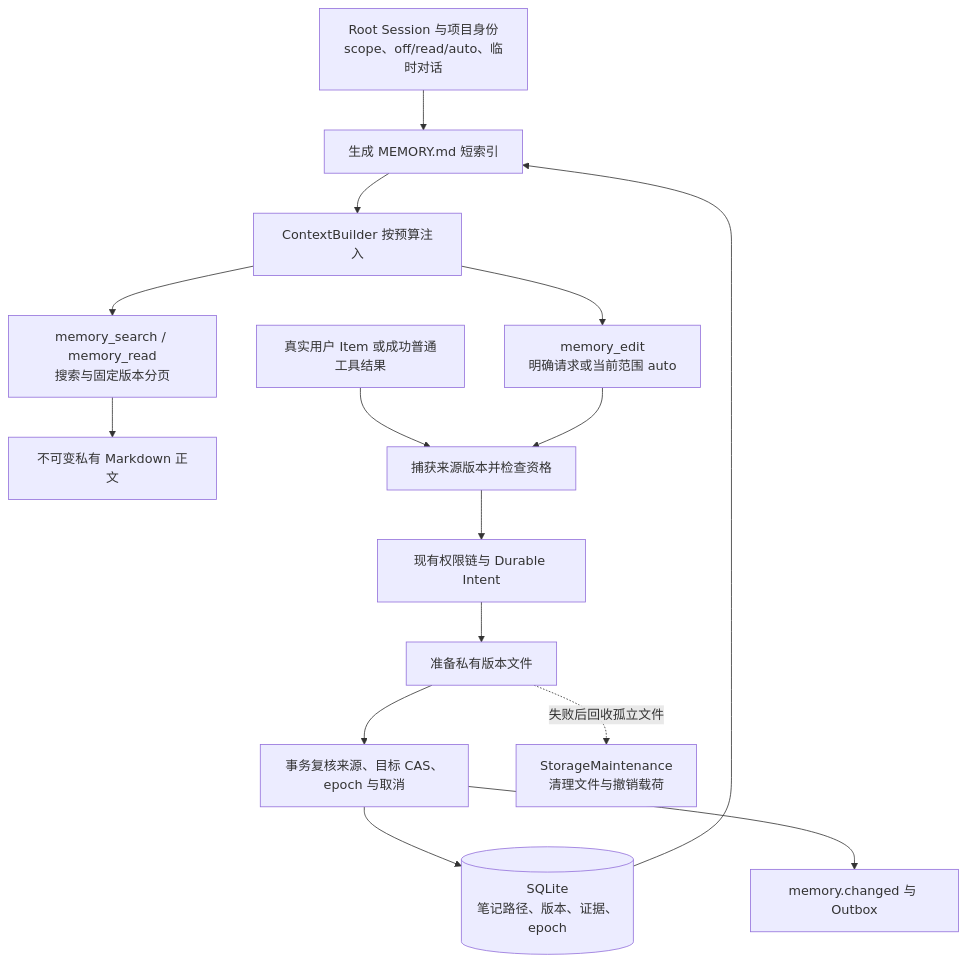
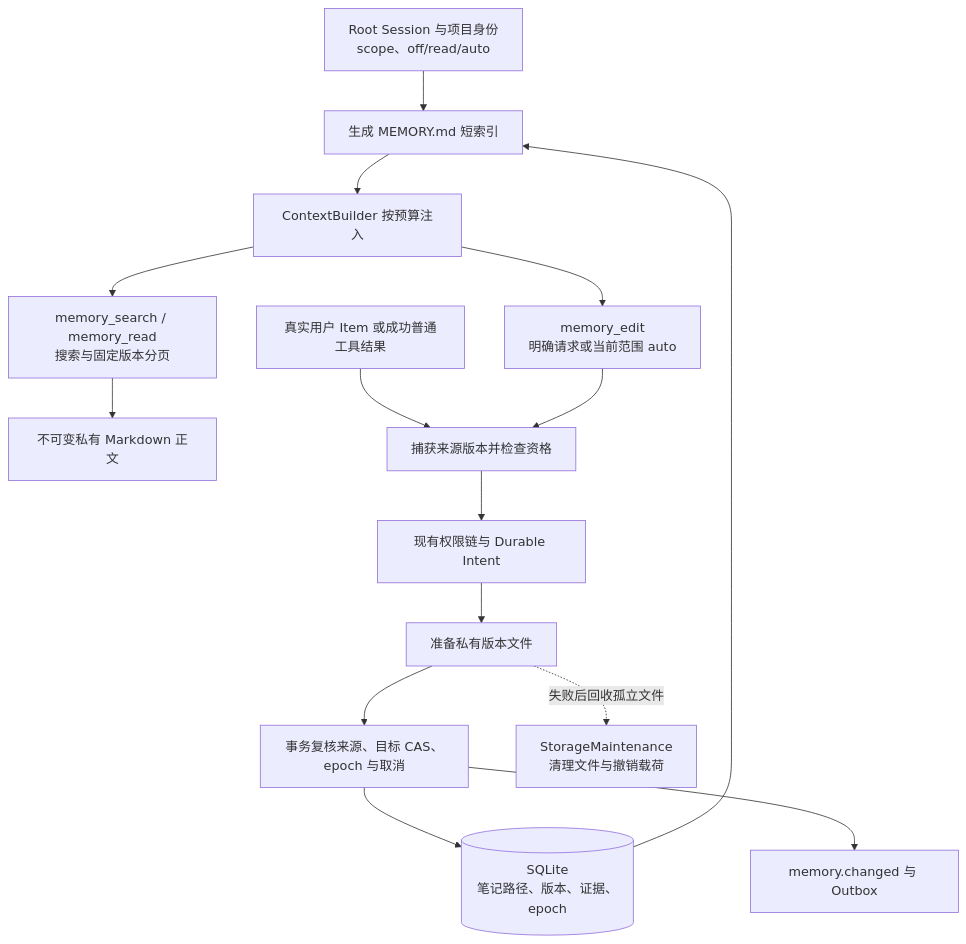
One commit to idy534/Eidos changed the diagram in docs/architecture/diagrams/06-memory.mmd. Above: the diagram before and after it, drawn with Mermaid. The commit also changed 47 other files, not shown here.

```diff
--- a/docs/architecture/diagrams/06-memory.mmd
+++ b/docs/architecture/diagrams/06-memory.mmd
@@ -1,15 +1,15 @@
 flowchart TB
-  access[Root Session 与项目身份<br/>scope、off/read/auto、临时对话] --> index[生成 MEMORY.md 短索引]
+  access[Root Session 与项目身份<br/>scope、off/read/auto] --> index[生成 MEMORY.md 短索引]
   meta[(SQLite<br/>笔记路径、版本、证据、epoch)] --> index
   index --> context[ContextBuilder 按预算注入]
   context --> search[memory_search / memory_read<br/>搜索与固定版本分页]
   search --> files[不可变私有 Markdown 正文]
   context --> edit[memory_edit<br/>明确请求或当前范围 auto]
   sources[真实用户 Item 或成功普通工具结果] --> capture[捕获来源版本并检查资格]
   edit --> capture
   capture --> intent[现有权限链与 Durable Intent]
   intent --> prepare[准备私有版本文件]
   prepare --> publish[事务复核来源、目标 CAS、epoch 与取消]
   publish --> meta
   publish --> event[memory.changed 与 Outbox]
   prepare -.失败后回收孤立文件.-> maintenance[StorageMaintenance<br/>清理文件与撤销载荷]
```
